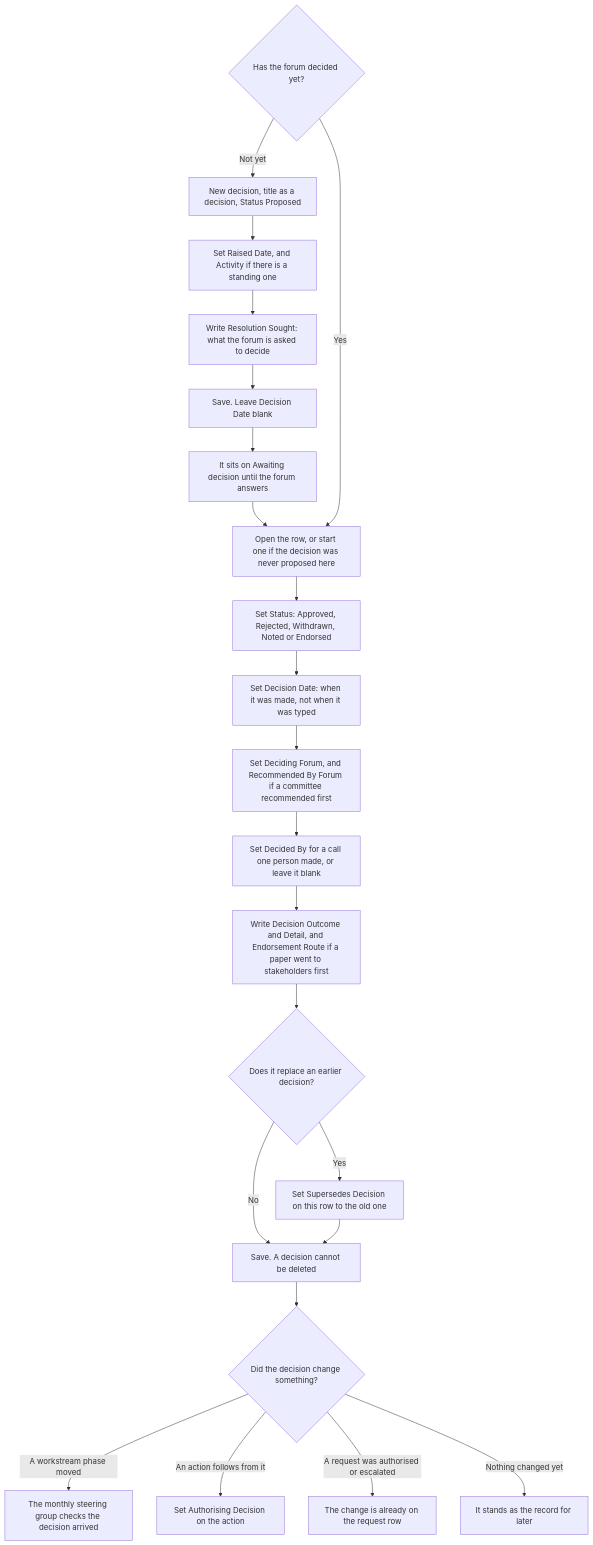
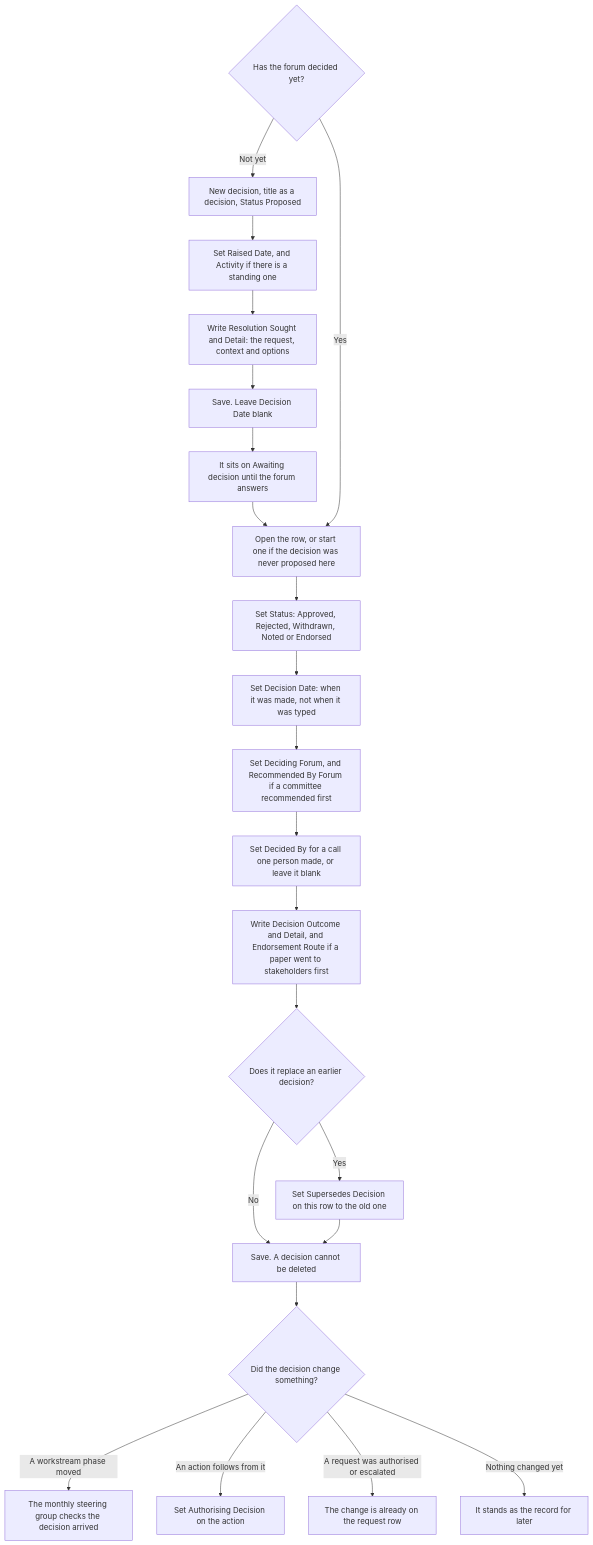
The diagram in src/dbml_sharepoint/solutions/programme-governance/40-adopt/workflows/record-a-decision.md (firmfooting/dbml-sharepoint), drawn with Mermaid before and after one commit. The commit also changed other lines of this file and 5 other files, not shown here.

````diff
--- a/src/dbml_sharepoint/solutions/programme-governance/40-adopt/workflows/record-a-decision.md
+++ b/src/dbml_sharepoint/solutions/programme-governance/40-adopt/workflows/record-a-decision.md
@@ -13,25 +13,25 @@
 ```mermaid
 flowchart TD
     A{"Has the forum decided yet?"}
     A -- "Not yet" --> P1["New decision, title as a decision, Status Proposed"]
     P1 --> P2["Set Raised Date, and Activity if there is a standing one"]
-    P2 --> P3["Write Resolution Sought: what the forum is asked to decide"]
+    P2 --> P3["Write Resolution Sought and Detail: the request, context and options"]
     P3 --> P4["Save. Leave Decision Date blank"]
     P4 --> P5["It sits on Awaiting decision until the forum answers"]
     P5 --> B
     A -- "Yes" --> B["Open the row, or start one if the decision was never proposed here"]
     B --> C["Set Status: Approved, Rejected, Withdrawn, Noted or Endorsed"]
     C --> D["Set Decision Date: when it was made, not when it was typed"]
     D --> E["Set Deciding Forum, and Recommended By Forum if a committee recommended first"]
     E --> F["Set Decided By for a call one person made, or leave it blank"]
     F --> G["Write Decision Outcome and Detail, and Endorsement Route if a paper went to stakeholders first"]
     G --> G2{"Does it replace an earlier decision?"}
     G2 -- "Yes" --> G3["Set Supersedes Decision on this row to the old one"]
     G2 -- "No" --> H
     G3 --> H["Save. A decision cannot be deleted"]
     H --> I{"Did the decision change something?"}
     I -- "A workstream phase moved" --> J["The monthly steering group checks the decision arrived"]
     I -- "An action follows from it" --> K["Set Authorising Decision on the action"]
     I -- "A request was authorised or escalated" --> L["The change is already on the request row"]
     I -- "Nothing changed yet" --> M["It stands as the record for later"]
 ```
````
